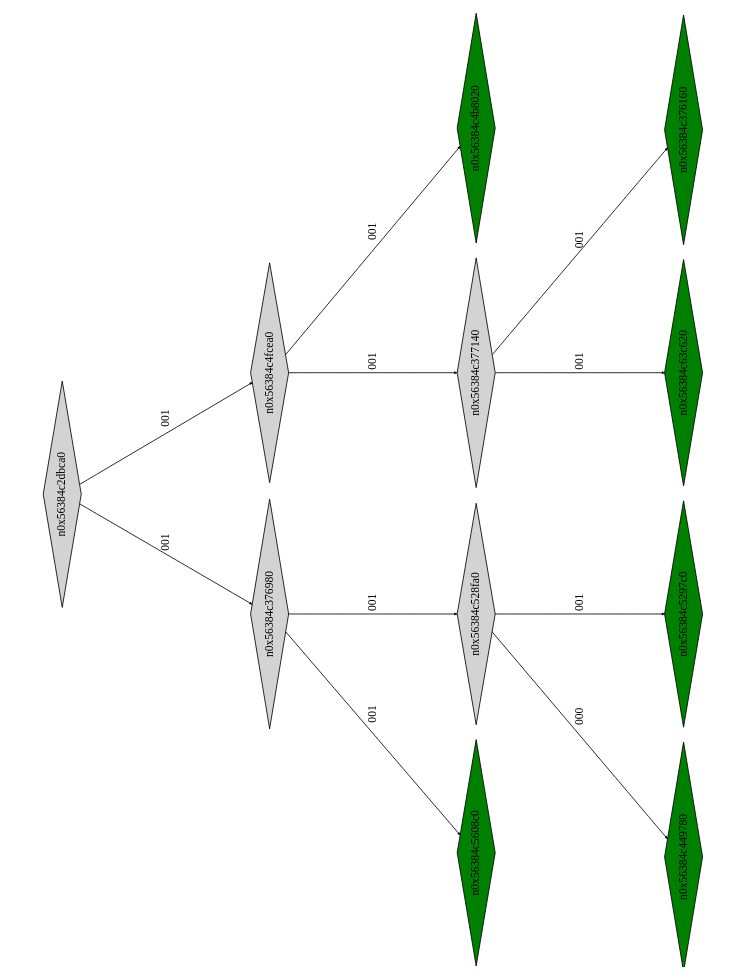
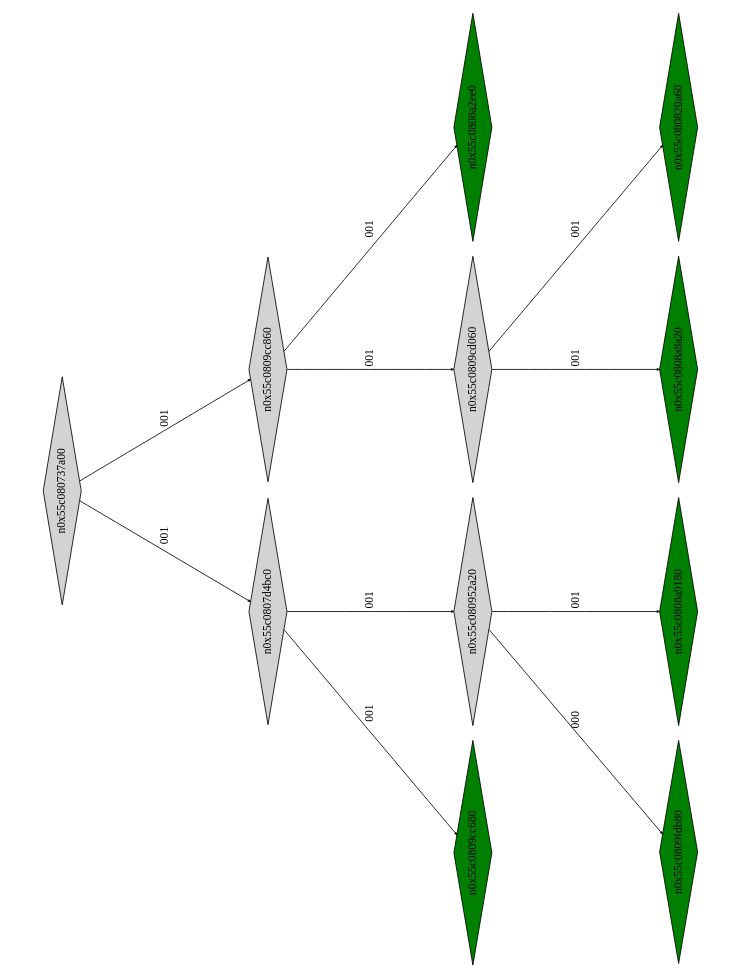
The diagram in montyhall_klee_out/ptree_00001052.dot (Research-Tools-PAVT/PSE-Program-Examples), drawn with Graphviz before and after one commit. The commit also changed 86 other files, not shown here.

```diff
--- a/montyhall_klee_out/ptree_00001052.dot
+++ b/montyhall_klee_out/ptree_00001052.dot
@@ -1,29 +1,29 @@
 digraph G {
 	size="10,7.5";
 	ratio=fill;
 	rotate=90;
 	center = "true";
 	node [style="filled",width=.1,height=.1,fontname="Terminus"]
 	edge [arrowsize=.3]
-	n0x56384c2dbca0 [shape=diamond];
-	n0x56384c2dbca0 -> n0x56384c376980 [label=001];
-	n0x56384c2dbca0 -> n0x56384c4fcea0 [label=001];
-	n0x56384c4fcea0 [shape=diamond];
-	n0x56384c4fcea0 -> n0x56384c377140 [label=001];
-	n0x56384c4fcea0 -> n0x56384c4b8020 [label=001];
-	n0x56384c4b8020 [shape=diamond,fillcolor=green];
-	n0x56384c377140 [shape=diamond];
-	n0x56384c377140 -> n0x56384c63c620 [label=001];
-	n0x56384c377140 -> n0x56384c376160 [label=001];
-	n0x56384c376160 [shape=diamond,fillcolor=green];
-	n0x56384c63c620 [shape=diamond,fillcolor=green];
-	n0x56384c376980 [shape=diamond];
-	n0x56384c376980 -> n0x56384c5608c0 [label=001];
-	n0x56384c376980 -> n0x56384c528fa0 [label=001];
-	n0x56384c528fa0 [shape=diamond];
-	n0x56384c528fa0 -> n0x56384c449780 [label=000];
-	n0x56384c528fa0 -> n0x56384c5297c0 [label=001];
-	n0x56384c5297c0 [shape=diamond,fillcolor=green];
-	n0x56384c449780 [shape=diamond,fillcolor=green];
-	n0x56384c5608c0 [shape=diamond,fillcolor=green];
+	n0x55c080737a00 [shape=diamond];
+	n0x55c080737a00 -> n0x55c0807d4bc0 [label=001];
+	n0x55c080737a00 -> n0x55c0809cc860 [label=001];
+	n0x55c0809cc860 [shape=diamond];
+	n0x55c0809cc860 -> n0x55c0809cd060 [label=001];
+	n0x55c0809cc860 -> n0x55c0808a2ee0 [label=001];
+	n0x55c0808a2ee0 [shape=diamond,fillcolor=green];
+	n0x55c0809cd060 [shape=diamond];
+	n0x55c0809cd060 -> n0x55c0808a8a20 [label=001];
+	n0x55c0809cd060 -> n0x55c080820a60 [label=001];
+	n0x55c080820a60 [shape=diamond,fillcolor=green];
+	n0x55c0808a8a20 [shape=diamond,fillcolor=green];
+	n0x55c0807d4bc0 [shape=diamond];
+	n0x55c0807d4bc0 -> n0x55c0809cc680 [label=001];
+	n0x55c0807d4bc0 -> n0x55c080952a20 [label=001];
+	n0x55c080952a20 [shape=diamond];
+	n0x55c080952a20 -> n0x55c0809fdb80 [label=000];
+	n0x55c080952a20 -> n0x55c0808a9180 [label=001];
+	n0x55c0808a9180 [shape=diamond,fillcolor=green];
+	n0x55c0809fdb80 [shape=diamond,fillcolor=green];
+	n0x55c0809cc680 [shape=diamond,fillcolor=green];
 }
```
